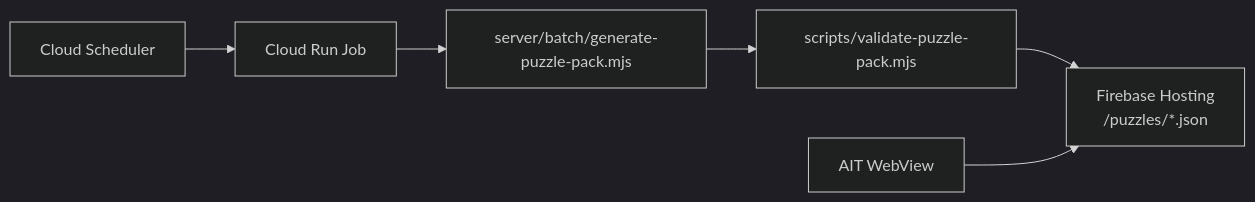
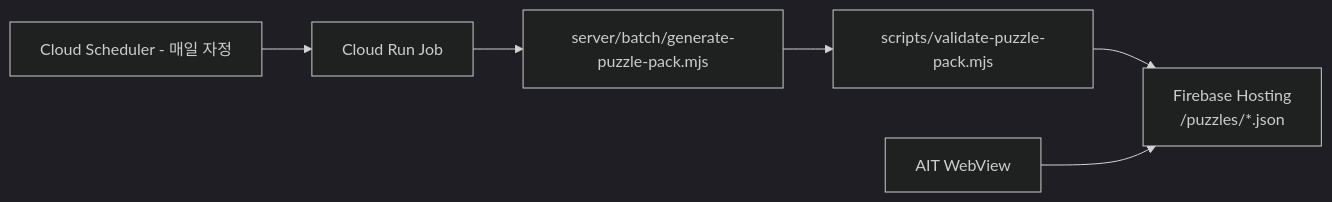
The third of 3 diagrams in docs/architecture.md (seorilabs/crossword-puzzle), drawn with Mermaid (dark theme) before and after one commit. The commit also changed other lines of this file and 28 other files, not shown here.

````diff
--- a/docs/architecture.md
+++ b/docs/architecture.md
@@ -66,8 +66,8 @@
 ```mermaid
 flowchart LR
-  Scheduler["Cloud Scheduler"] --> Job["Cloud Run Job"]
+  Scheduler["Cloud Scheduler - 매일 자정"] --> Job["Cloud Run Job"]
   Job --> Generator["server/batch/generate-puzzle-pack.mjs"]
   Generator --> Validator["scripts/validate-puzzle-pack.mjs"]
   Validator --> Hosting["Firebase Hosting<br/>/puzzles/*.json"]
   AIT["AIT WebView"] --> Hosting
 ```
````
